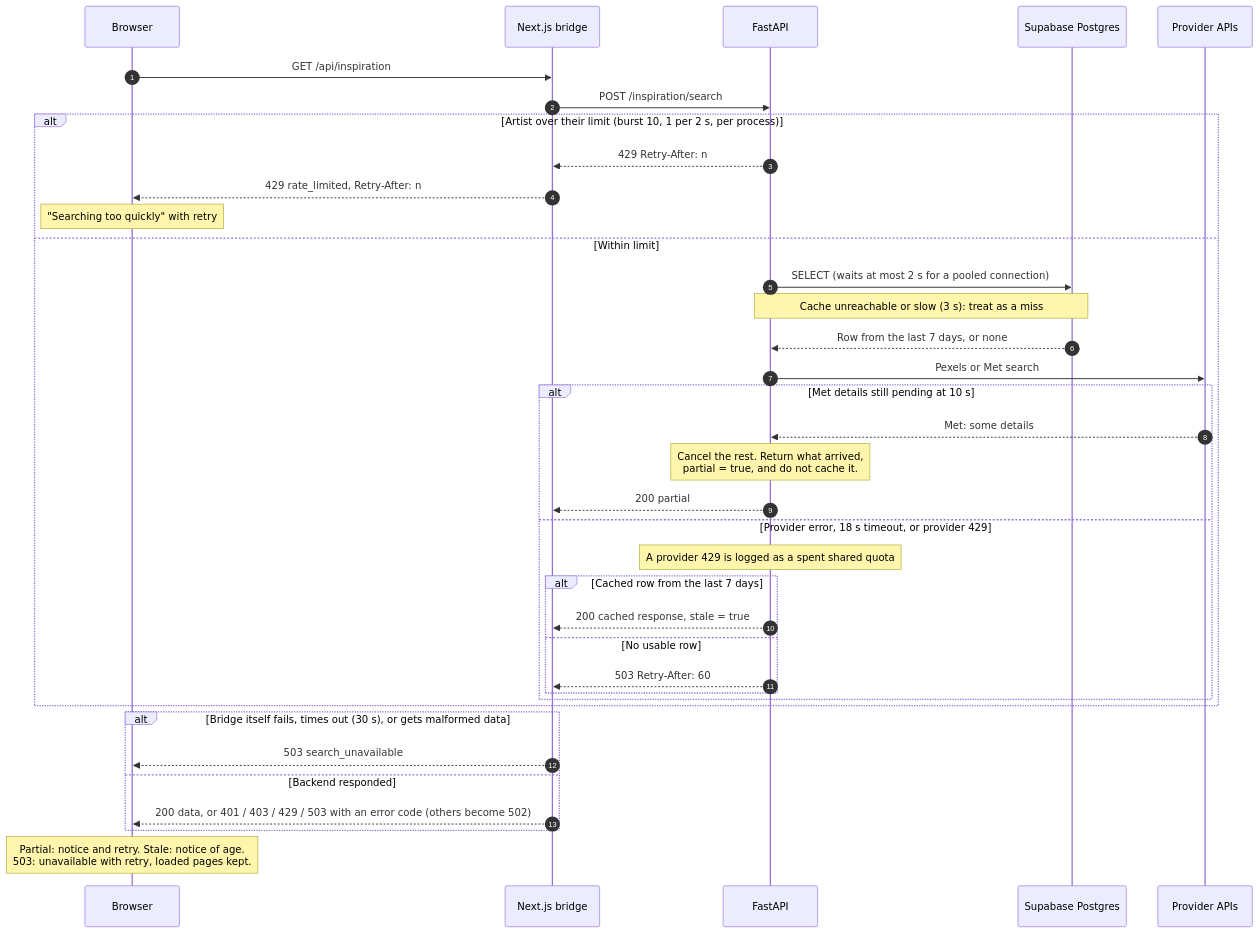
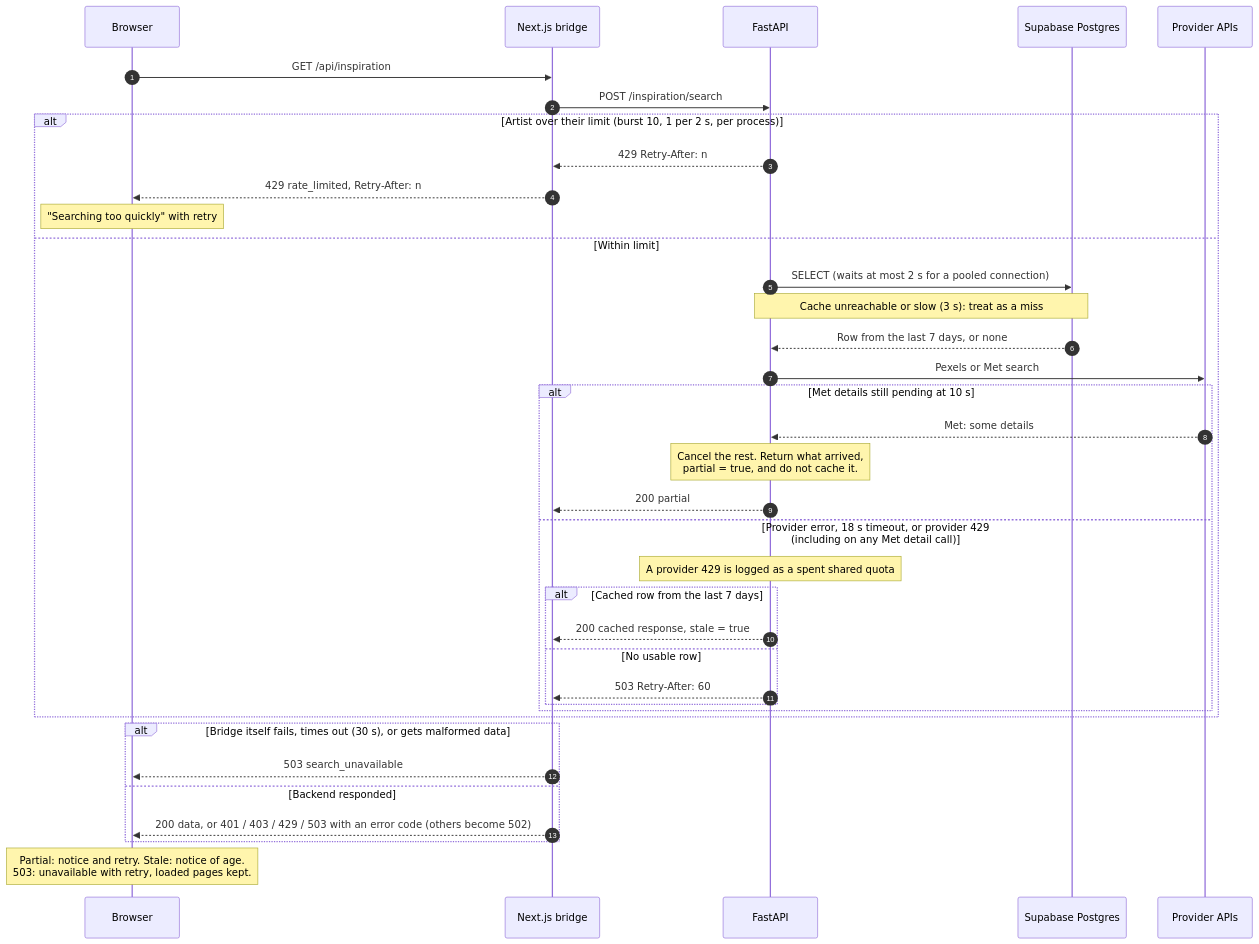
One commit to lsr-explore/art-loupe changed the third of 3 diagrams in docs/design/get-inspired.md. Above: the diagram before and after it, drawn with Mermaid. The commit also changed other lines of this file and 7 other files, not shown here.

````diff
--- a/docs/design/get-inspired.md
+++ b/docs/design/get-inspired.md
@@ -177,40 +177,40 @@
 ```mermaid
 sequenceDiagram
     autonumber
     participant UI as Browser
     participant Bridge as Next.js bridge
     participant API as FastAPI
     participant Cache as Supabase Postgres
     participant Providers as Provider APIs
 
     UI->>Bridge: GET /api/inspiration
     Bridge->>API: POST /inspiration/search
     alt Artist over their limit (burst 10, 1 per 2 s, per process)
         API-->>Bridge: 429 Retry-After: n
         Bridge-->>UI: 429 rate_limited, Retry-After: n
         Note over UI: "Searching too quickly" with retry
     else Within limit
         API->>Cache: SELECT (waits at most 2 s for a pooled connection)
         Note over API,Cache: Cache unreachable or slow (3 s): treat as a miss
         Cache-->>API: Row from the last 7 days, or none
         API->>Providers: Pexels or Met search
         alt Met details still pending at 10 s
             Providers-->>API: Met: some details
             Note over API: Cancel the rest. Return what arrived,<br/>partial = true, and do not cache it.
             API-->>Bridge: 200 partial
-        else Provider error, 18 s timeout, or provider 429
+        else Provider error, 18 s timeout, or provider 429 (including on any Met detail call)
             Note over API: A provider 429 is logged as a spent shared quota
             alt Cached row from the last 7 days
                 API-->>Bridge: 200 cached response, stale = true
             else No usable row
                 API-->>Bridge: 503 Retry-After: 60
             end
         end
     end
     alt Bridge itself fails, times out (30 s), or gets malformed data
         Bridge-->>UI: 503 search_unavailable
     else Backend responded
         Bridge-->>UI: 200 data, or 401 / 403 / 429 / 503 with an error code (others become 502)
     end
     Note over UI: Partial: notice and retry. Stale: notice of age.<br/>503: unavailable with retry, loaded pages kept.
 ```
````
